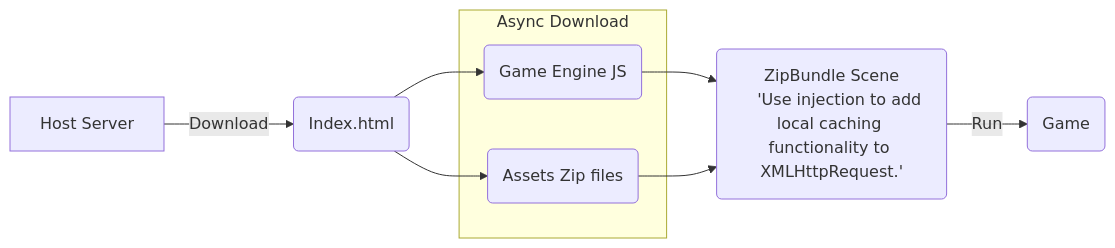
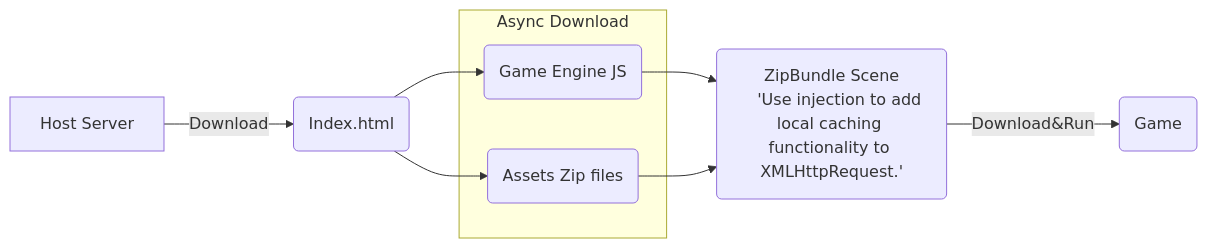
One commit to BricL/CC3.WebZipBundle changed the second of 3 diagrams in README.md. Above: the diagram before and after it, drawn with Mermaid. The commit also changed other lines of this file, not shown here.

Commit message:
Update README.md to clarify download and execution flow for game assets and scenes

````diff
--- a/README.md
+++ b/README.md
@@ -41,13 +40,13 @@
 ```mermaid
 flowchart LR
     subgraph Async Download
         C(Game Engine JS)
         D(ZipBundle Scene)
     end
 
     A[Host Server] -->|Download| B(Index.html)
     B --> C(Game Engine JS) & D(Assets Zip files)
     C & D --> E("ZipBundle Scene
     'Use injection to add local caching functionality to XMLHttpRequest.'")
-    E -- Run --> F(Game)
+    E -- Download&Run --> F(Game)
 ```
````
